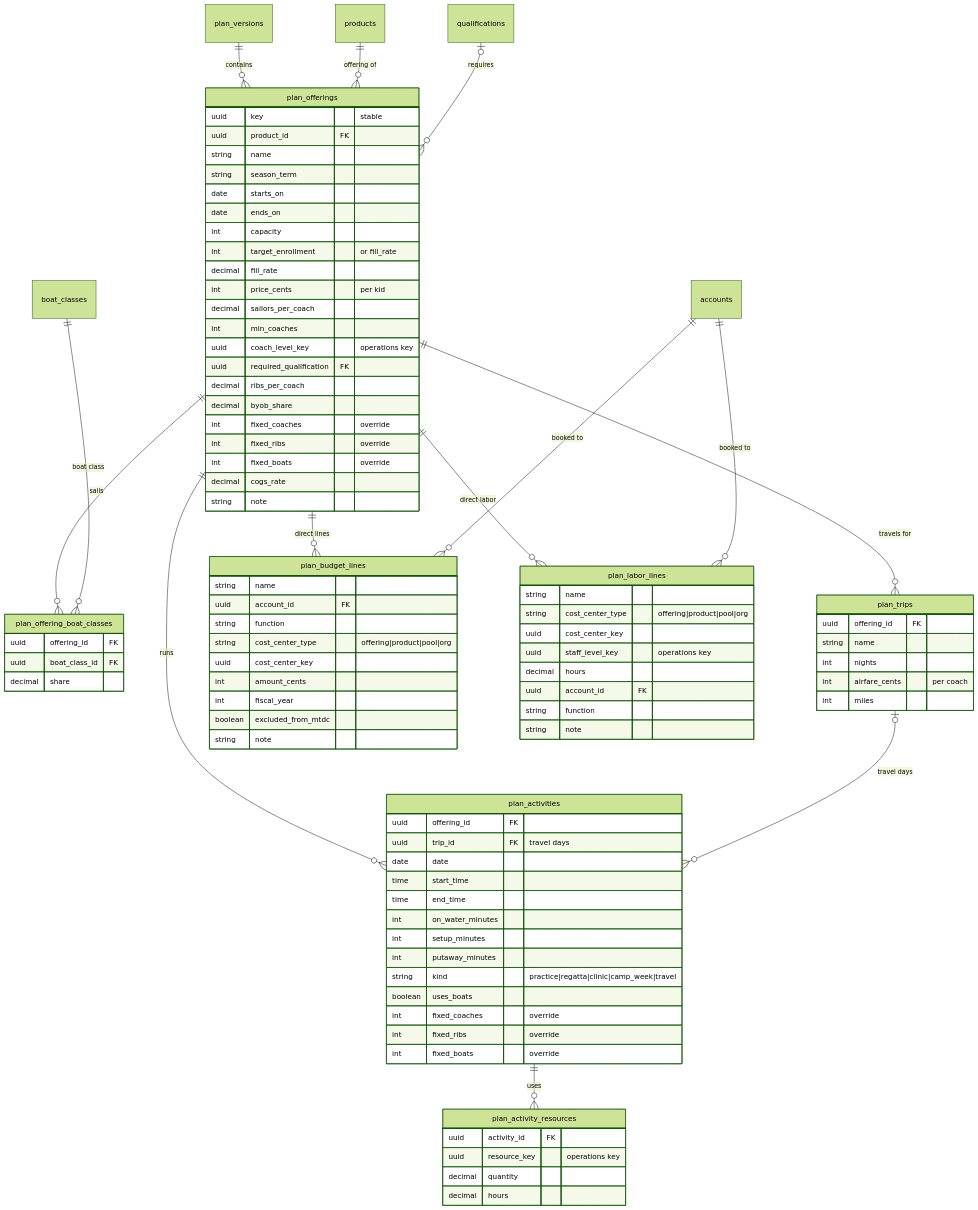
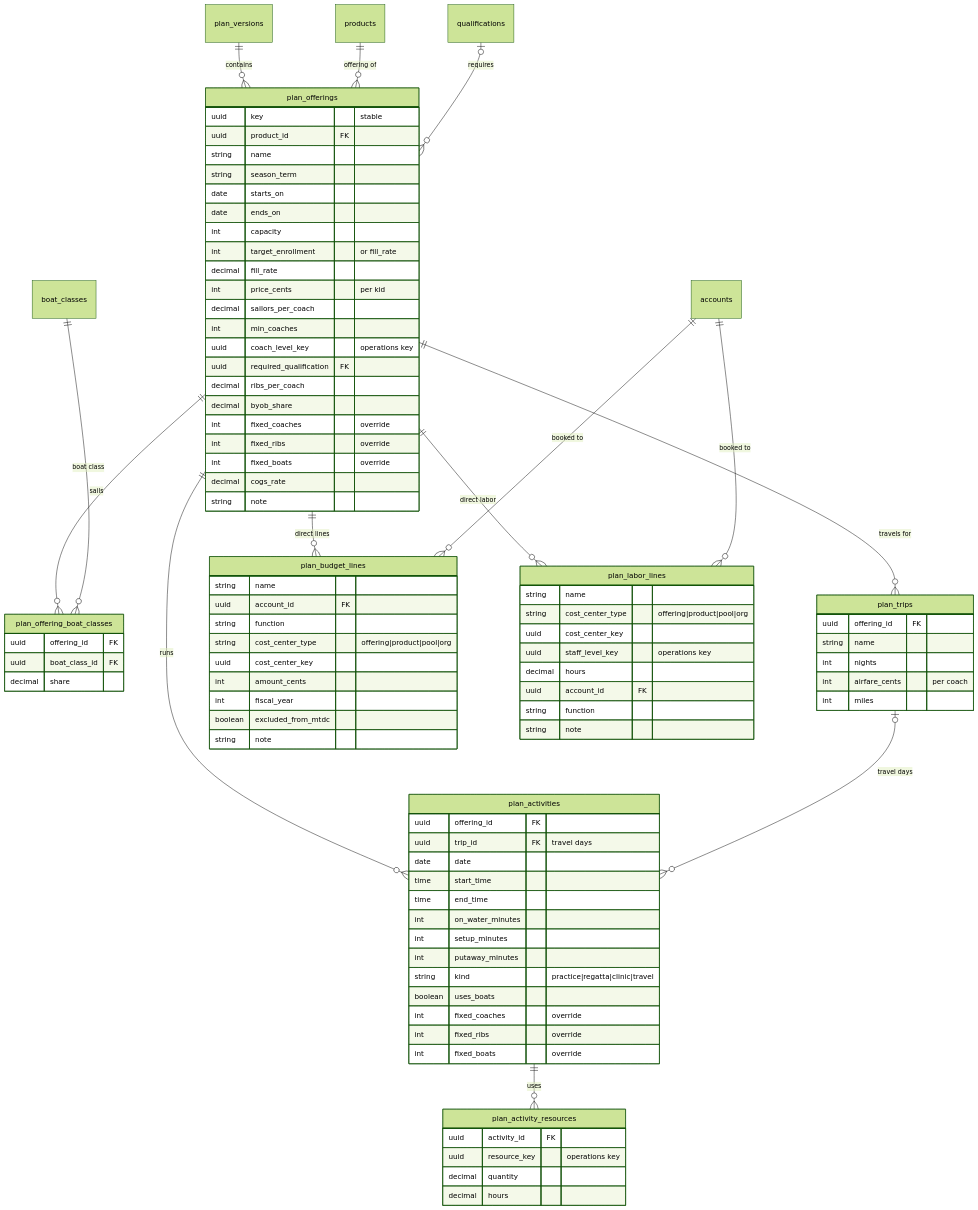
One commit to cyc-seattle/platform changed the third of 5 diagrams in docs/planning-schema.md. Above: the diagram before and after it, drawn with Mermaid (forest theme). The commit also changed other lines of this file and 32 other files, not shown here.

```diff
--- a/docs/planning-schema.md
+++ b/docs/planning-schema.md
@@ -219,7 +254,7 @@
         int on_water_minutes
         int setup_minutes
         int putaway_minutes
-        string kind "practice|regatta|clinic|camp_week|travel"
+        string kind "practice|regatta|clinic|travel"
         boolean uses_boats
         int fixed_coaches "override"
         int fixed_ribs "override"
```
